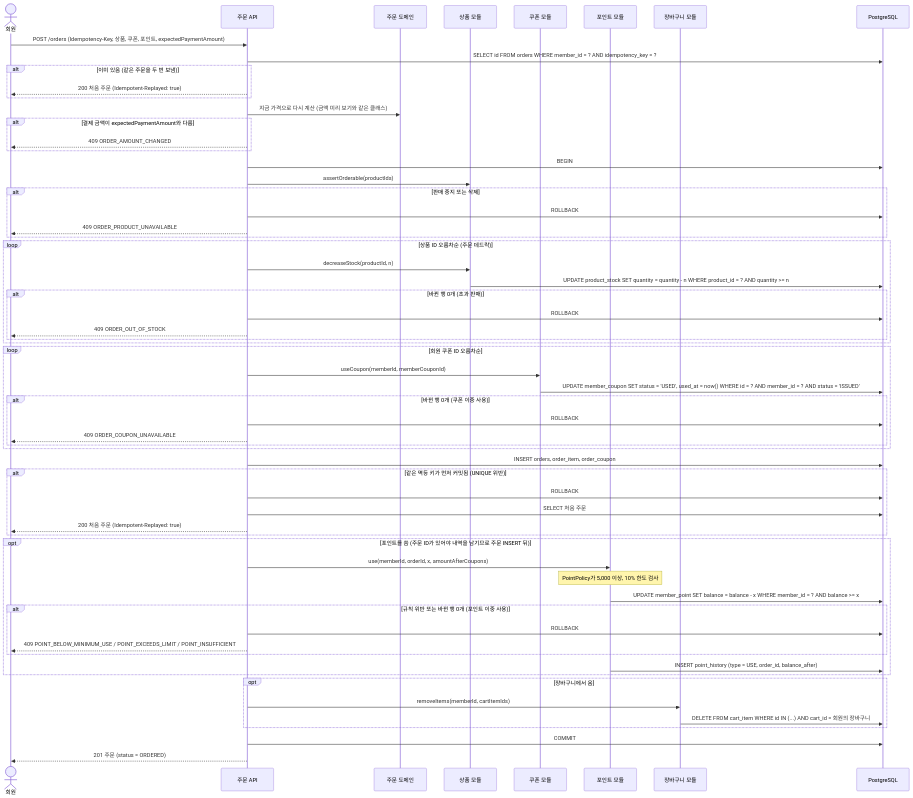
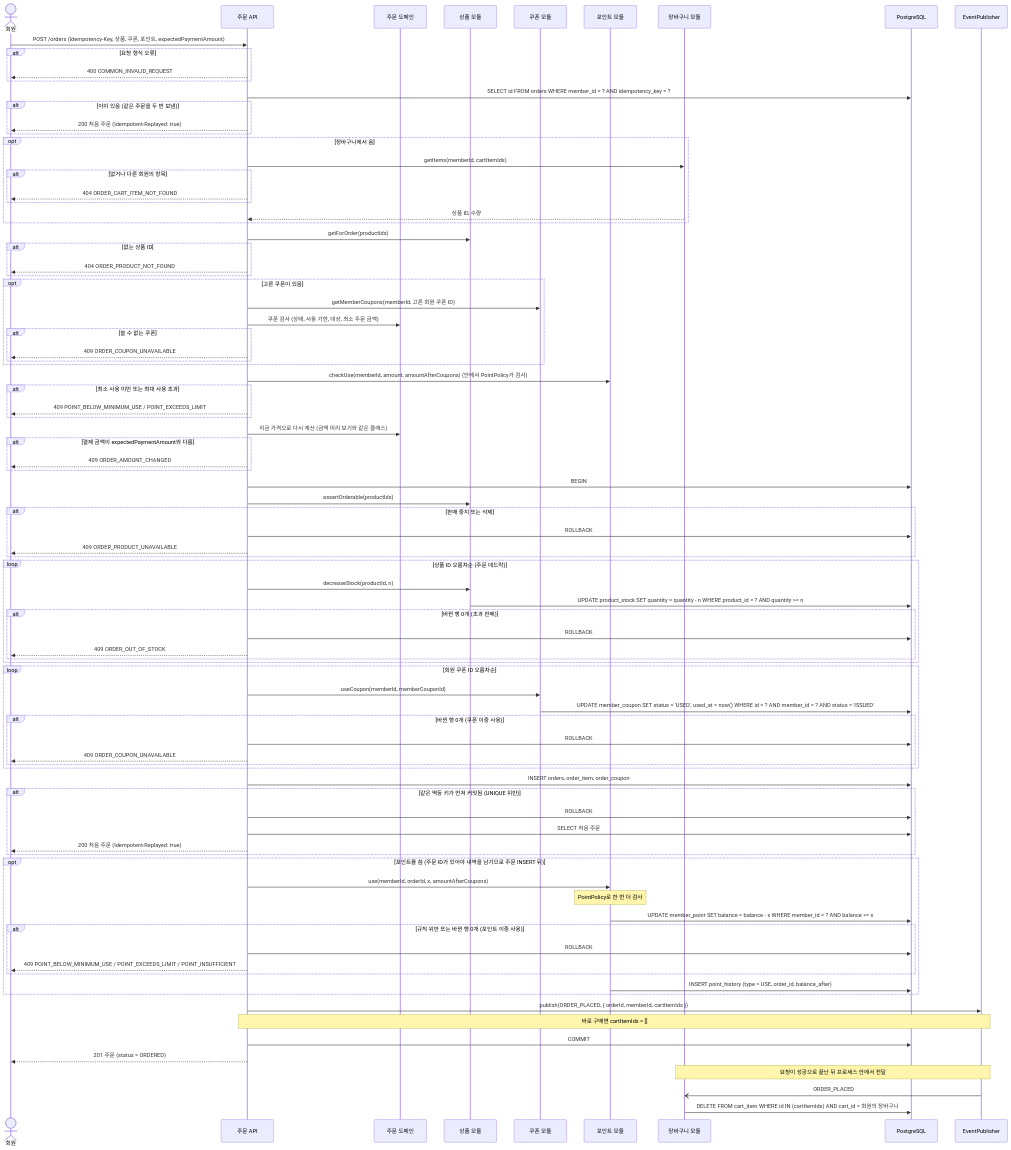
The third of 9 diagrams in docs/features/order/flows.md (KAPUIST/flash-gate), drawn with Mermaid before and after one commit. The commit also changed other lines of this file and 25 other files, not shown here.

````diff
--- a/docs/features/order/flows.md
+++ b/docs/features/order/flows.md
@@ -82,11 +91,37 @@
     participant PT as 포인트 모듈
     participant C as 장바구니 모듈
     participant DB as PostgreSQL
+    participant E as EventPublisher
 
     U->>O: POST /orders (Idempotency-Key, 상품, 쿠폰, 포인트, expectedPaymentAmount)
+    alt 요청 형식 오류
+        O-->>U: 400 COMMON_INVALID_REQUEST
+    end
     O->>DB: SELECT id FROM orders WHERE member_id = ? AND idempotency_key = ?
     alt 이미 있음 (같은 주문을 두 번 보냄)
         O-->>U: 200 처음 주문 (Idempotent-Replayed: true)
+    end
+    opt 장바구니에서 옴
+        O->>C: getItems(memberId, cartItemIds)
+        alt 없거나 다른 회원의 항목
+            O-->>U: 404 ORDER_CART_ITEM_NOT_FOUND
+        end
+        C-->>O: 상품 ID, 수량
+    end
+    O->>P: getForOrder(productIds)
+    alt 없는 상품 ID
+        O-->>U: 404 ORDER_PRODUCT_NOT_FOUND
+    end
+    opt 고른 쿠폰이 있음
+        O->>CP: getMemberCoupons(memberId, 고른 회원 쿠폰 ID)
+        O->>D: 쿠폰 검사 (상태, 사용 기한, 대상, 최소 주문 금액)
+        alt 쓸 수 없는 쿠폰
+            O-->>U: 409 ORDER_COUPON_UNAVAILABLE
+        end
+    end
+    O->>PT: checkUse(memberId, amount, amountAfterCoupons) (안에서 PointPolicy가 검사)
+    alt 최소 사용 미만 또는 최대 사용 초과
+        O-->>U: 409 POINT_BELOW_MINIMUM_USE / POINT_EXCEEDS_LIMIT
     end
     O->>D: 지금 가격으로 다시 계산 (금액 미리 보기와 같은 클래스)
     alt 결제 금액이 expectedPaymentAmount와 다름
@@ -122,7 +157,7 @@
     end
     opt 포인트를 씀 (주문 ID가 있어야 내역을 남기므로 주문 INSERT 뒤)
         O->>PT: use(memberId, orderId, x, amountAfterCoupons)
-        Note over PT: PointPolicy가 5,000 이상, 10% 한도 검사
+        Note over PT: PointPolicy로 한 번 더 검사
         PT->>DB: UPDATE member_point SET balance = balance - x WHERE member_id = ? AND balance >= x
         alt 규칙 위반 또는 바뀐 행 0개 (포인트 이중 사용)
             O->>DB: ROLLBACK
@@ -130,10 +165,11 @@
         end
         PT->>DB: INSERT point_history (type = USE, order_id, balance_after)
     end
-    opt 장바구니에서 옴
-        O->>C: removeItems(memberId, cartItemIds)
-        C->>DB: DELETE FROM cart_item WHERE id IN (...) AND cart_id = 회원의 장바구니
-    end
+    O->>E: publish(ORDER_PLACED, { orderId, memberId, cartItemIds })
+    Note over O,E: 바로 구매면 cartItemIds = []
     O->>DB: COMMIT
     O-->>U: 201 주문 (status = ORDERED)
+    Note over E,C: 요청이 성공으로 끝난 뒤 프로세스 안에서 전달
+    E-)C: ORDER_PLACED
+    C->>DB: DELETE FROM cart_item WHERE id IN (cartItemIds) AND cart_id = 회원의 장바구니
 ```
````
